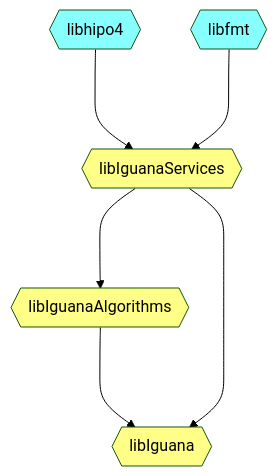
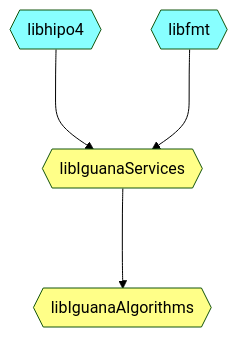
The third of 3 diagrams in doc/design.md (JeffersonLab/iguana), drawn with Mermaid (forest theme) before and after one commit. The commit also changed other lines of this file and 7 other files, not shown here.

Commit message:
refactor: `AlgorithmSequence` should be an `Algorithm`

````diff
--- a/doc/design.md
+++ b/doc/design.md
@@ -58,18 +58,15 @@
 ```mermaid
 flowchart TB
     classDef lib fill:#ffff88,color:black
     classDef ext fill:#88ffff,color:black
 
-    iguana{{libIguana}}:::lib
     algorithms{{libIguanaAlgorithms}}:::lib
     services{{libIguanaServices}}:::lib
 
     hipo{{libhipo4}}:::ext
     fmt{{libfmt}}:::ext
 
     hipo       ---> services
     fmt        ---> services
     services   ---> algorithms
-    algorithms ---> iguana
-    services   ---> iguana
 ```
````
